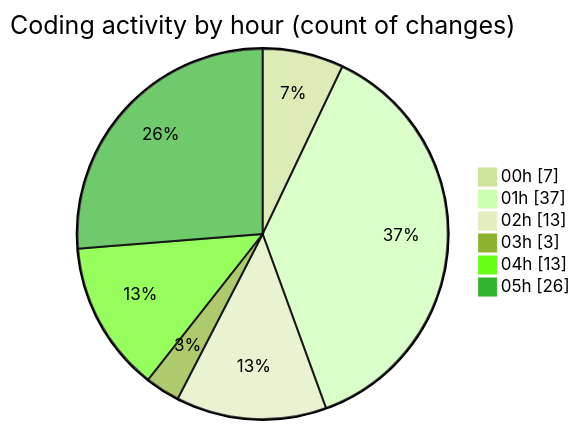
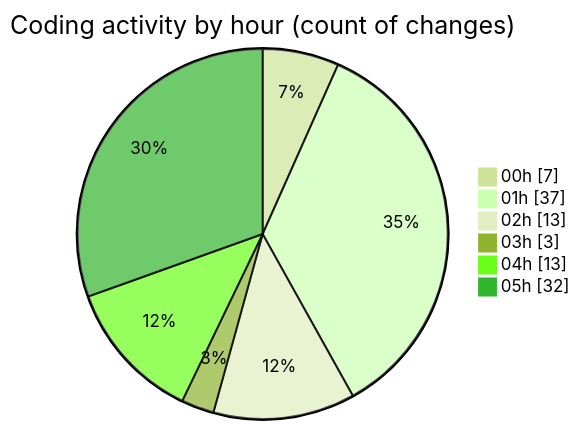
Before and after one commit to charlie-sans/code-tracking: the second of 2 diagrams in 2025-02-23/micros/README.md, drawn with Mermaid (forest theme). The commit also changed other lines of this file and 1 other file, not shown here.

````diff
--- a/2025-02-23/micros/README.md
+++ b/2025-02-23/micros/README.md
@@ -59,10 +60,10 @@
 ```mermaid
 pie showData
 title Coding activity by hour (count of changes)
 "00h" : 7
 "01h" : 37
 "02h" : 13
 "03h" : 3
 "04h" : 13
-"05h" : 26
+"05h" : 32
 ```
````
